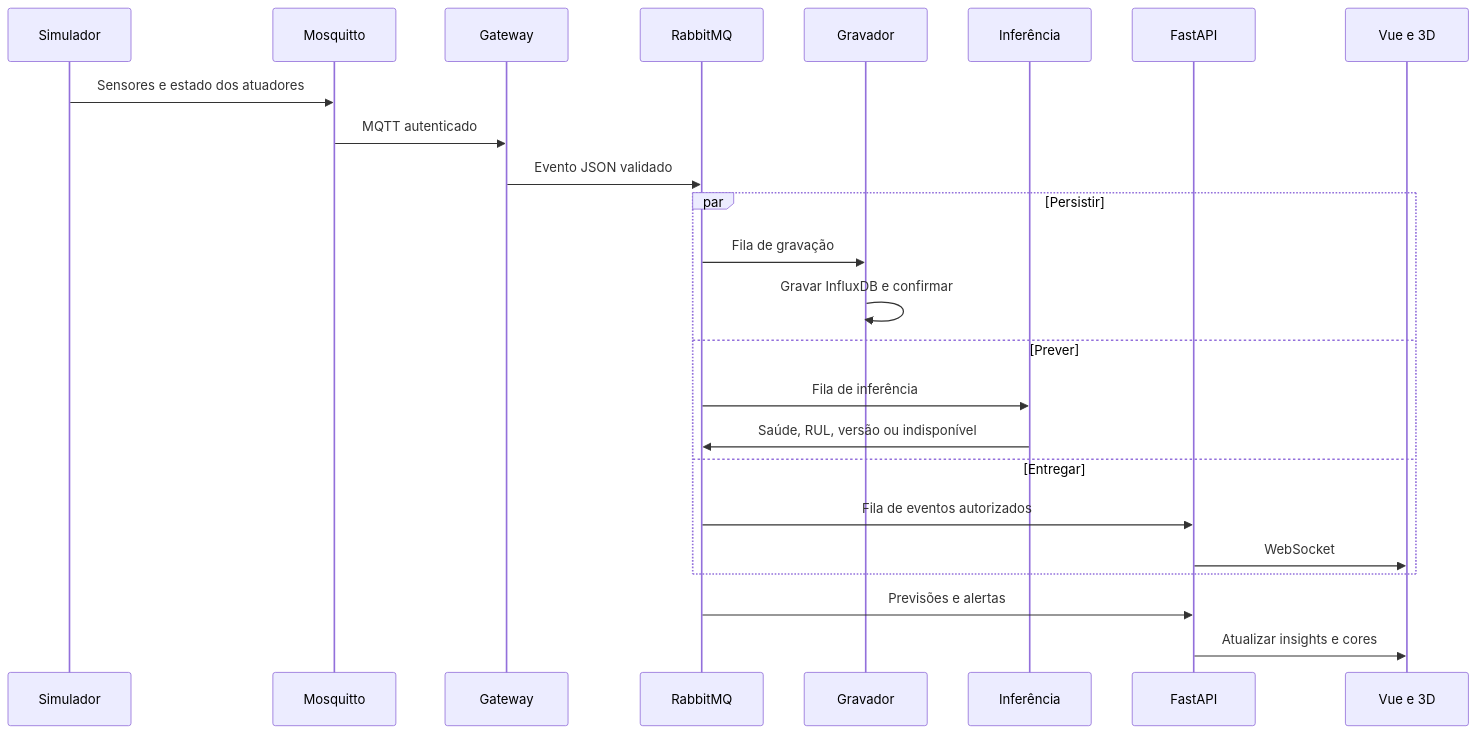
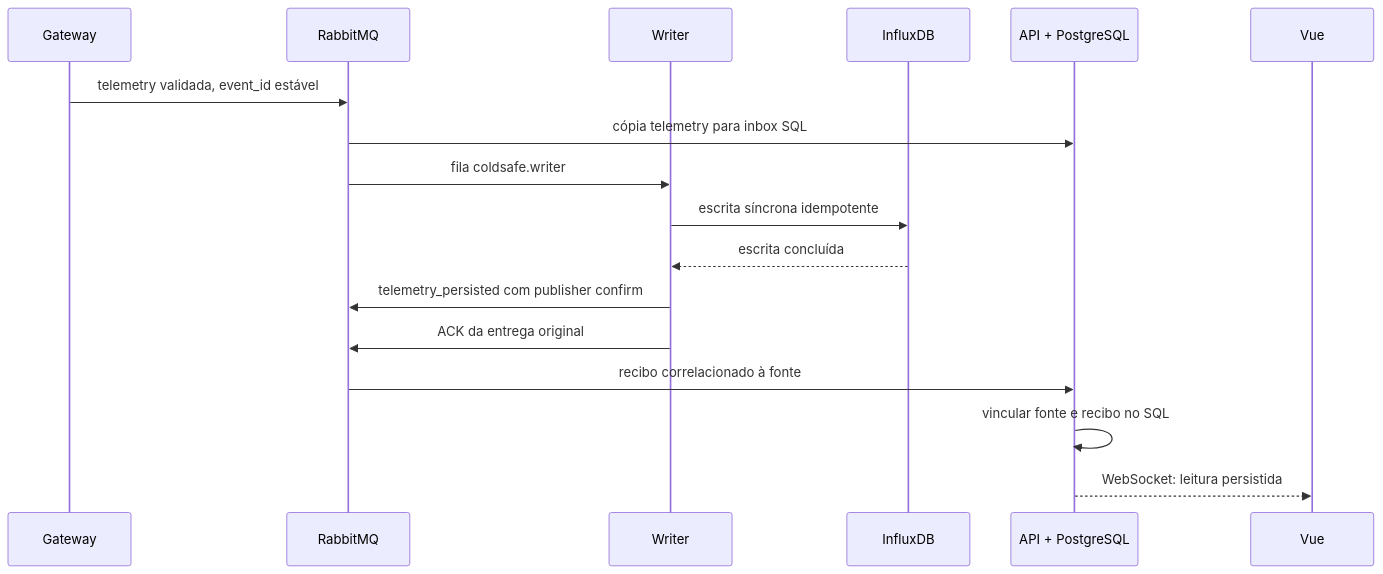
The second of 6 diagrams in docs/aiot/architecture.md (VitorFcosta/ColdSafe), drawn with Mermaid before and after one commit. The commit also changed other lines of this file and 10 other files, not shown here.

First line of the commit message:
docs(aiot): conclui README, diagramas e roteiro final

````diff
--- a/docs/aiot/architecture.md
+++ b/docs/aiot/architecture.md
@@ -37,26 +50,19 @@
 ```mermaid
 sequenceDiagram
-participant S as Simulador
-participant M as Mosquitto
-participant G as Gateway
-participant R as RabbitMQ
-participant W as Gravador
-participant I as Inferência
-participant A as FastAPI
-participant F as Vue e 3D
-S->>M: Sensores e estado dos atuadores
-M->>G: MQTT autenticado
-G->>R: Evento JSON validado
-par Persistir
-R->>W: Fila de gravação
-W->>W: Gravar InfluxDB e confirmar
-and Prever
-R->>I: Fila de inferência
-I->>R: Saúde, RUL, versão ou indisponível
-and Entregar
-R->>A: Fila de eventos autorizados
-A->>F: WebSocket
-end
-R->>A: Previsões e alertas
-A->>F: Atualizar insights e cores
+  participant G as Gateway
+  participant R as RabbitMQ
+  participant W as Writer
+  participant D as InfluxDB
+  participant A as API + PostgreSQL
+  participant V as Vue
+  G->>R: telemetry validada, event_id estável
+  R->>A: cópia telemetry para inbox SQL
+  R->>W: fila coldsafe.writer
+  W->>D: escrita síncrona idempotente
+  D-->>W: escrita concluída
+  W->>R: telemetry_persisted com publisher confirm
+  W->>R: ACK da entrega original
+  R->>A: recibo correlacionado à fonte
+  A->>A: vincular fonte e recibo no SQL
+  A-->>V: WebSocket: leitura persistida
 ```
````
